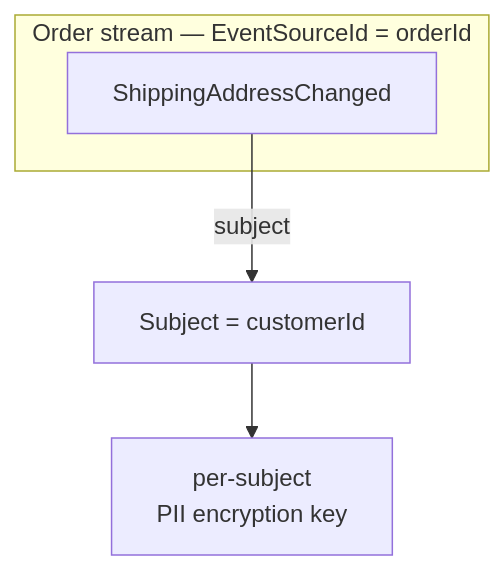
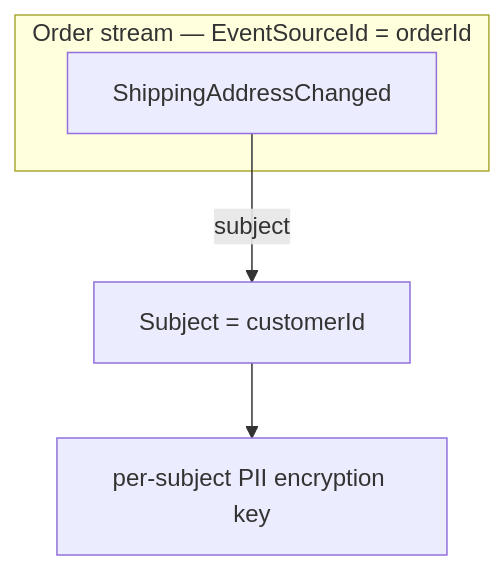
The diagram in Documentation/concepts/subject.md (Cratis/Chronicle), drawn with Mermaid before and after one commit. The commit also changed 43 other files, not shown here.

````diff
--- a/Documentation/concepts/subject.md
+++ b/Documentation/concepts/subject.md
@@ -17,8 +17,8 @@
 ```mermaid
 flowchart TB
     subgraph Order["Order stream — EventSourceId = orderId"]
         SAC["ShippingAddressChanged"]
     end
     SAC -->|subject| Cust["Subject = customerId"]
-    Cust --> Key["per-subject<br/>PII encryption key"]
+    Cust --> Key["per-subject PII encryption key"]
 ```
````
